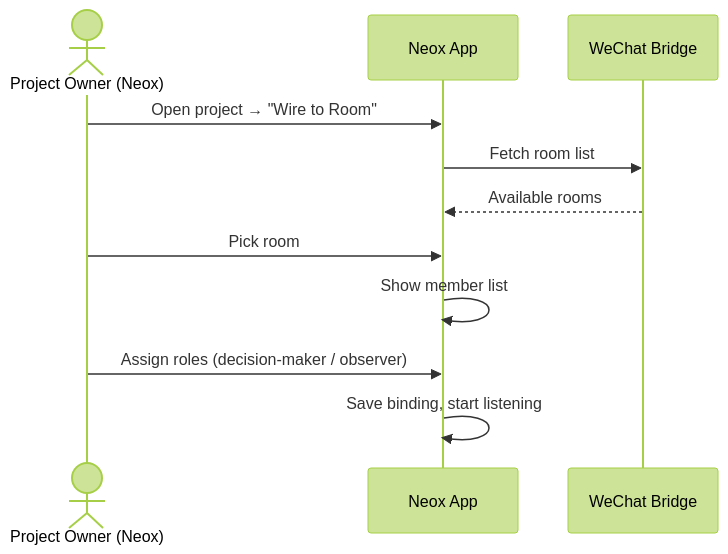
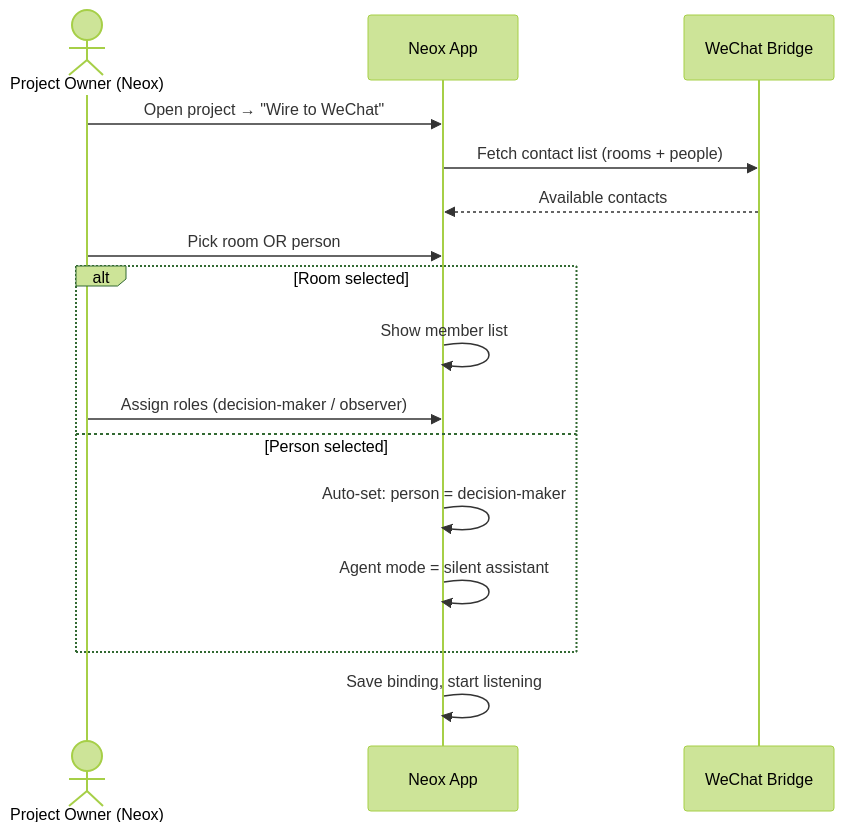
Before and after one commit to lalalic/neox: the first of 7 diagrams in docs/2026-04-10-wechat-bidirectional-design.md, drawn with Mermaid (forest theme). The commit also changed other lines of this file, not shown here.

Commit message:
docs: add 1:1 silent assistant mode to WeChat design

````diff
--- a/docs/2026-04-10-wechat-bidirectional-design.md
+++ b/docs/2026-04-10-wechat-bidirectional-design.md
@@ -28,14 +32,19 @@
 ```mermaid
 sequenceDiagram
     actor Owner as Project Owner (Neox)
     participant Neox as Neox App
     participant WC as WeChat Bridge
 
-    Owner->>Neox: Open project → "Wire to Room"
-    Neox->>WC: Fetch room list
-    WC-->>Neox: Available rooms
-    Owner->>Neox: Pick room
-    Neox->>Neox: Show member list
-    Owner->>Neox: Assign roles (decision-maker / observer)
+    Owner->>Neox: Open project → "Wire to WeChat"
+    Neox->>WC: Fetch contact list (rooms + people)
+    WC-->>Neox: Available contacts
+    Owner->>Neox: Pick room OR person
+    alt Room selected
+        Neox->>Neox: Show member list
+        Owner->>Neox: Assign roles (decision-maker / observer)
+    else Person selected
+        Neox->>Neox: Auto-set: person = decision-maker
+        Neox->>Neox: Agent mode = silent assistant
+    end
     Neox->>Neox: Save binding, start listening
 ```
````
